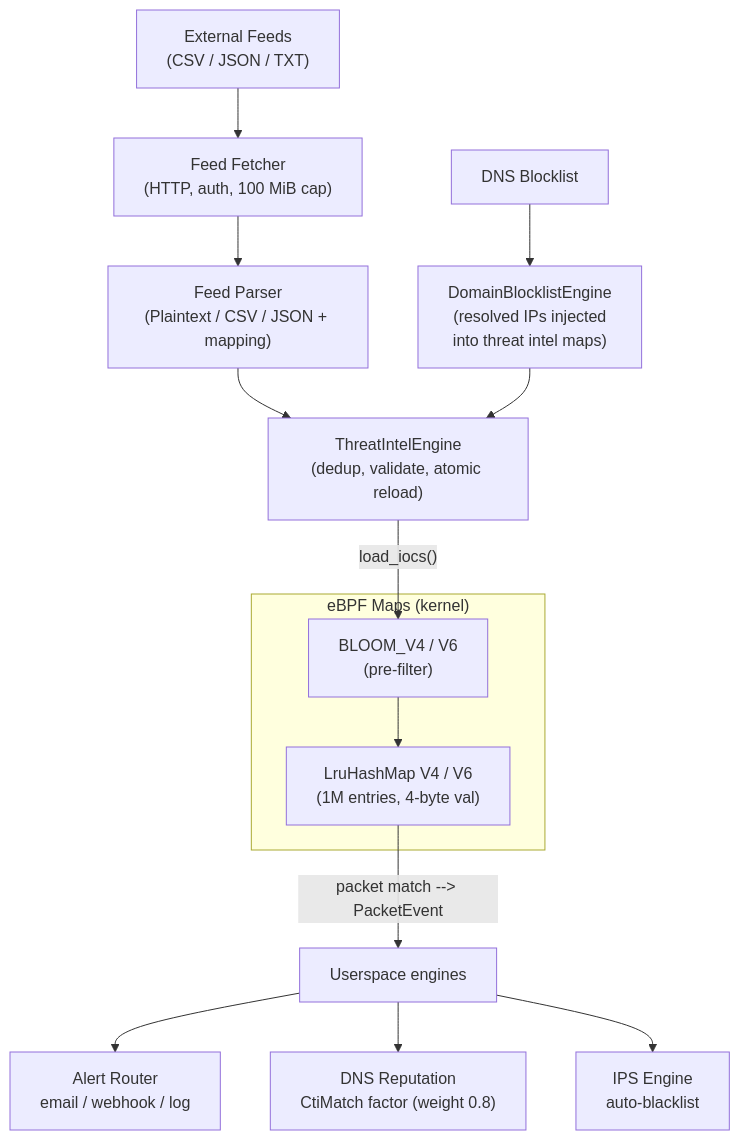
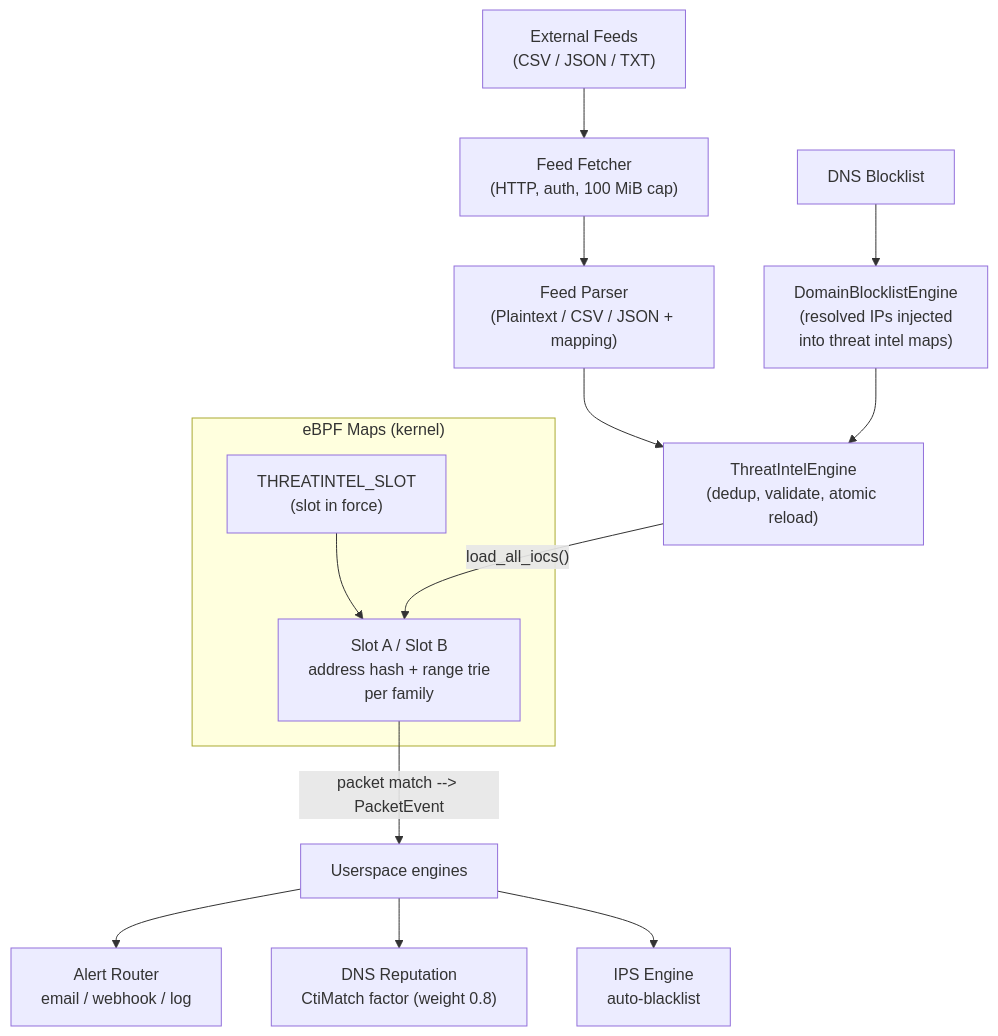
The diagram in docs/features/threatintel.md (ebpfsentinel/ebpfsentinel-docs), drawn with Mermaid before and after one commit. The commit also changed other lines of this file and 18 other files, not shown here.

Commit message:
docs(threatintel): CIDR ranges, the A/B slot reload and an explicit capacity, bloom filter and LRU eviction removed

````diff
--- a/docs/features/threatintel.md
+++ b/docs/features/threatintel.md
@@ -13,31 +13,31 @@
 ```mermaid
 flowchart TD
     FEEDS["External Feeds\n(CSV / JSON / TXT)"]
     DNSBL["DNS Blocklist"]
 
     FETCHER["Feed Fetcher\n(HTTP, auth, 100 MiB cap)"]
     DOMAIN_BL["DomainBlocklistEngine\n(resolved IPs injected\ninto threat intel maps)"]
 
     PARSER["Feed Parser\n(Plaintext / CSV / JSON + mapping)"]
 
     ENGINE["ThreatIntelEngine\n(dedup, validate, atomic reload)"]
 
     subgraph KERNEL["eBPF Maps (kernel)"]
-        BLOOM["BLOOM_V4 / V6\n(pre-filter)"]
-        LRU["LruHashMap V4 / V6\n(1M entries, 4-byte val)"]
-        BLOOM --> LRU
+        SLOT["THREATINTEL_SLOT\n(slot in force)"]
+        TABLES["Slot A / Slot B\naddress hash + range trie\nper family"]
+        SLOT --> TABLES
     end
 
     USERSPACE["Userspace engines"]
     ALERT["Alert Router\nemail / webhook / log"]
     DNSREP["DNS Reputation\nCtiMatch factor (weight 0.8)"]
     IPS["IPS Engine\nauto-blacklist"]
 
     FEEDS --> FETCHER --> PARSER --> ENGINE
     DNSBL --> DOMAIN_BL --> ENGINE
-    ENGINE -->|"load_iocs()"| BLOOM
-    LRU -->|"packet match --> PacketEvent"| USERSPACE
+    ENGINE -->|"load_all_iocs()"| TABLES
+    TABLES -->|"packet match --> PacketEvent"| USERSPACE
     USERSPACE --> ALERT
     USERSPACE --> DNSREP
     USERSPACE --> IPS
 ```
````
